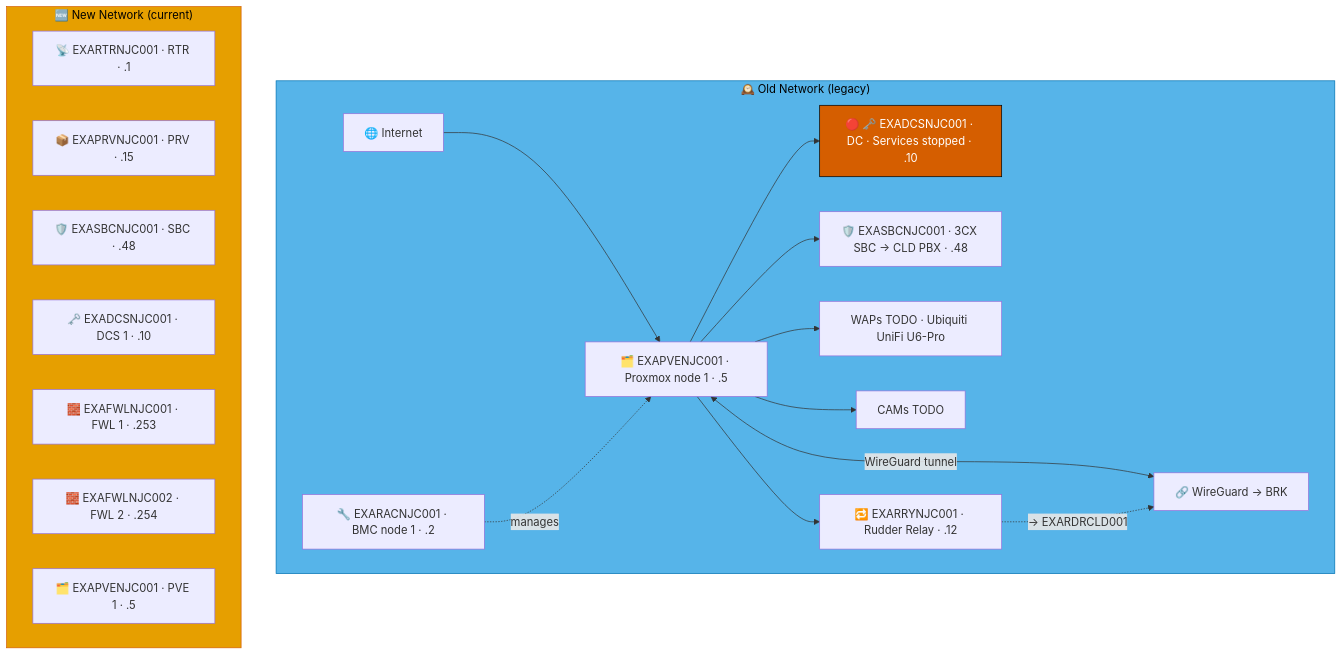
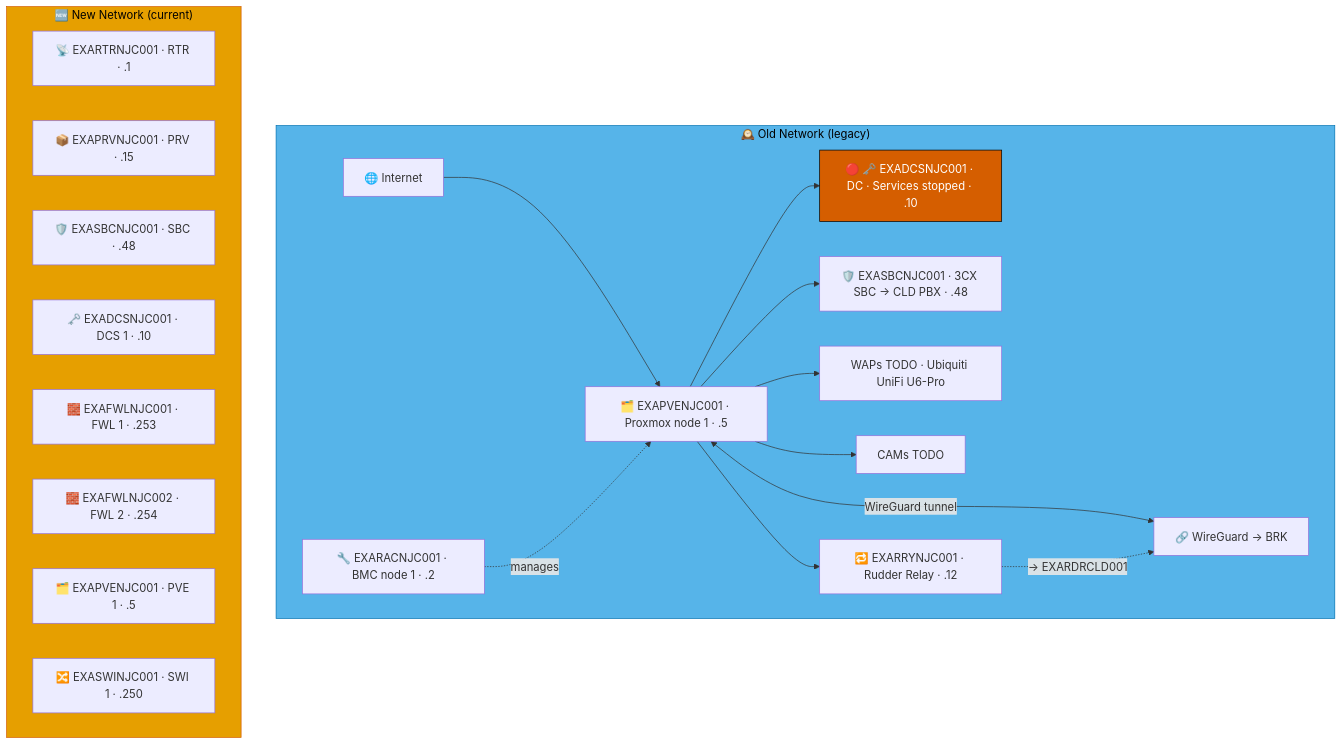
Before and after one commit to knightmare2600/example_music_infra: the third of 8 diagrams in docs/network-diagram/united-states.md, drawn with Mermaid. The commit also changed other lines of this file and 12 other files, not shown here.

````diff
--- a/docs/network-diagram/united-states.md
+++ b/docs/network-diagram/united-states.md
@@ -139,37 +140,38 @@
 ```mermaid
 graph TD
     subgraph OLD_NJC ["🕰️ Old Network (legacy)"]
       INET["🌐 Internet"]
       RAC["🔧 EXARACNJC001 · BMC node 1 · .2"]
       PVE["🗂️ EXAPVENJC001 · Proxmox node 1 · .5"]
       DC["🔴 🗝️ EXADCSNJC001 · DC · Services stopped · .10"]
       SBC["🛡️ EXASBCNJC001 · 3CX SBC → CLD PBX · .48"]
       RRY["🔁 EXARRYNJC001 · Rudder Relay · .12"]
       WAP["WAPs TODO · Ubiquiti UniFi U6-Pro"]
       CAM["CAMs TODO"]
       VPN["🔗 WireGuard → BRK"]
 
       INET --> PVE --> DC & SBC
       RAC -.->|"manages"| PVE
       PVE --> WAP & CAM
       PVE <-->|"WireGuard tunnel"| VPN
 
       PVE --> RRY
       RRY -. "→ EXARDRCLD001" .-> VPN
     end
     style OLD_NJC fill:#56B4E9,stroke:#0072B2,color:#000000
     %% GENERATED:NEW-NETWORK:NJC:START
     subgraph NEW_NJC ["🆕 New Network (current)"]
       N_RTR["📡 EXARTRNJC001 · RTR · .1"]
       N_PRV["📦 EXAPRVNJC001 · PRV · .15"]
       N_SBC["🛡️ EXASBCNJC001 · SBC · .48"]
       N_DCS["🗝️ EXADCSNJC001 · DCS 1 · .10"]
       N_FWL["🧱 EXAFWLNJC001 · FWL 1 · .253"]
       N_FWL2["🧱 EXAFWLNJC002 · FWL 2 · .254"]
       N_PVE["🗂️ EXAPVENJC001 · PVE 1 · .5"]
+      N_SWI["🔀 EXASWINJC001 · SWI 1 · .250"]
     end
     style NEW_NJC fill:#E69F00,stroke:#D55E00,color:#000000
     %% GENERATED:NEW-NETWORK:NJC:END
     classDef warn fill:#D55E00,stroke:#000000,color:#ffffff
     class DC warn
 ```
````
